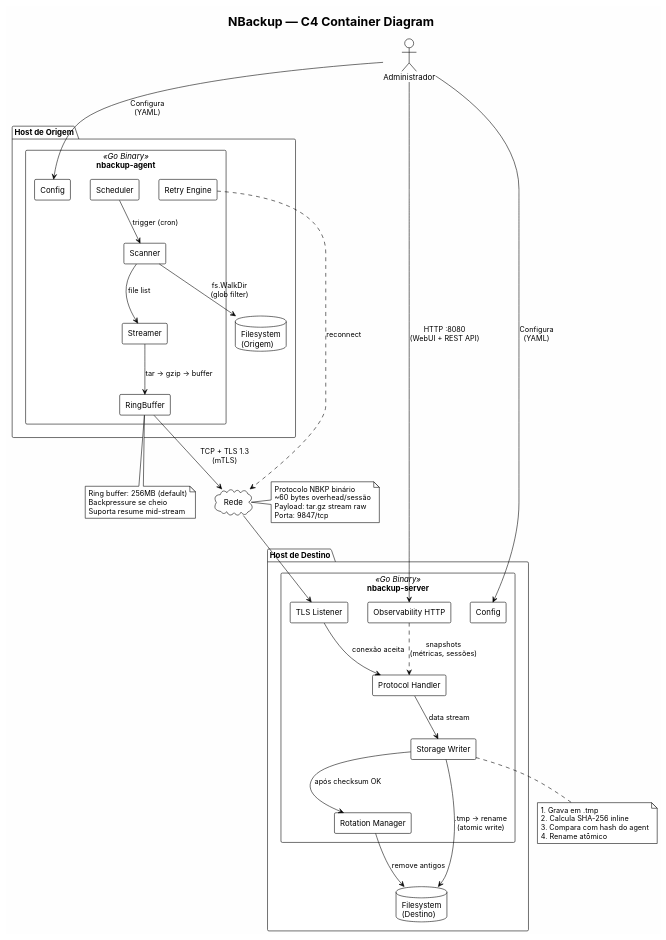
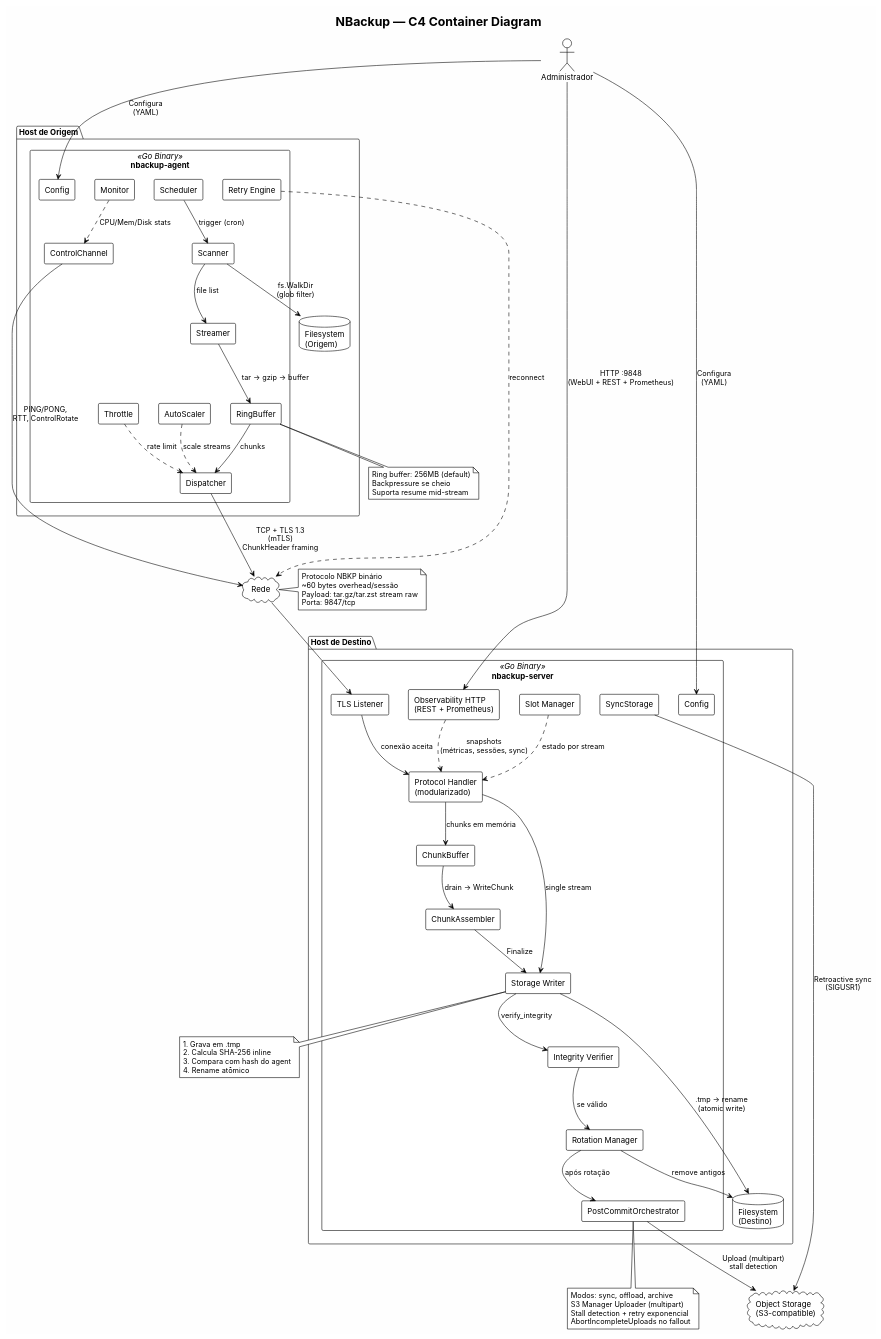
One commit to nishisan-dev/n-backup changed the diagram in docs/diagrams/c4_container.puml. Above: the diagram before and after it, drawn with PlantUML. The commit also changed 7 other files, not shown here.

First line of the commit message:
docs: atualizar arquitetura e diagramas com componentes atuais

```diff
--- a/docs/diagrams/c4_container.puml
+++ b/docs/diagrams/c4_container.puml
@@ -1,76 +1,108 @@
 @startuml c4_container
 !theme plain
 skinparam backgroundColor #FEFEFE
 skinparam defaultFontName Inter
 skinparam componentStyle rectangle
 
 title NBackup — C4 Container Diagram
 
 actor "Administrador" as admin
 
 package "Host de Origem" as origin {
   component "nbackup-agent" as agent <<Go Binary>> {
     component "Scheduler" as sched
     component "Scanner" as scan
     component "Streamer" as stream
     component "RingBuffer" as rb
+    component "Dispatcher" as disp
+    component "AutoScaler" as ascaler
+    component "ControlChannel" as ctrl
     component "Retry Engine" as retry
+    component "Throttle" as throttle
+    component "Monitor" as monitor
     component "Config" as cfg_a
   }
   database "Filesystem\n(Origem)" as fs_origin
 }
 
 package "Host de Destino" as dest {
   component "nbackup-server" as server <<Go Binary>> {
     component "TLS Listener" as tls_srv
-    component "Protocol Handler" as proto
+    component "Protocol Handler\n(modularizado)" as proto
+    component "ChunkAssembler" as asm
+    component "ChunkBuffer" as cbuf
     component "Storage Writer" as sw
     component "Rotation Manager" as rot
-    component "Observability HTTP" as obs
+    component "Integrity Verifier" as integrity
+    component "PostCommitOrchestrator" as pco
+    component "SyncStorage" as sync_st
+    component "Slot Manager" as slot_mgr
+    component "Observability HTTP\n(REST + Prometheus)" as obs
     component "Config" as cfg_s
   }
   database "Filesystem\n(Destino)" as fs_dest
 }
 
 cloud "Rede" as net
+cloud "Object Storage\n(S3-compatible)" as s3
 
 admin --> cfg_a : Configura\n(YAML)
 admin --> cfg_s : Configura\n(YAML)
 
 sched --> scan : trigger (cron)
 scan --> fs_origin : fs.WalkDir\n(glob filter)
 scan --> stream : file list
 stream --> rb : tar → gzip → buffer
-rb --> net : TCP + TLS 1.3\n(mTLS)
+rb --> disp : chunks
+disp --> net : TCP + TLS 1.3\n(mTLS)\nChunkHeader framing
+ascaler ..> disp : scale streams
+throttle ..> disp : rate limit
+ctrl --> net : PING/PONG,\nRTT, ControlRotate
+monitor ..> ctrl : CPU/Mem/Disk stats
 retry ..> net : reconnect
 
 net --> tls_srv
 tls_srv --> proto : conexão aceita
-proto --> sw : data stream
+proto --> cbuf : chunks em memória
+cbuf --> asm : drain → WriteChunk
+proto --> sw : single stream
+asm --> sw : Finalize
 sw --> fs_dest : .tmp → rename\n(atomic write)
-sw --> rot : após checksum OK
+sw --> integrity : verify_integrity
+integrity --> rot : se válido
 rot --> fs_dest : remove antigos
+rot --> pco : após rotação
+pco --> s3 : Upload (multipart)\nstall detection
+sync_st --> s3 : Retroactive sync\n(SIGUSR1)
+slot_mgr ..> proto : estado por stream
 
-admin --> obs : HTTP :8080\n(WebUI + REST API)
-obs ..> proto : snapshots\n(métricas, sessões)
+admin --> obs : HTTP :9848\n(WebUI + REST + Prometheus)
+obs ..> proto : snapshots\n(métricas, sessões, sync)
 
 note right of net
   Protocolo NBKP binário
   ~60 bytes overhead/sessão
-  Payload: tar.gz stream raw
+  Payload: tar.gz/tar.zst stream raw
   Porta: 9847/tcp
 end note
 
 note bottom of rb
   Ring buffer: 256MB (default)
   Backpressure se cheio
   Suporta resume mid-stream
 end note
 
 note bottom of sw
   1. Grava em .tmp
   2. Calcula SHA-256 inline
   3. Compara com hash do agent
   4. Rename atômico
 end note
+
+note bottom of pco
+  Modos: sync, offload, archive
+  S3 Manager Uploader (multipart)
+  Stall detection + retry exponencial
+  AbortIncompleteUploads no fallout
+end note
 @enduml
```
